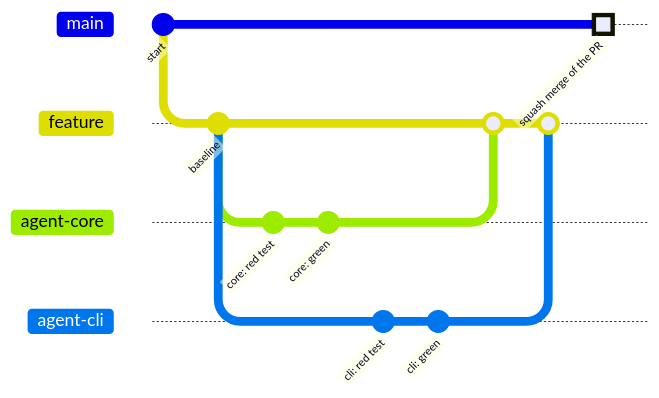
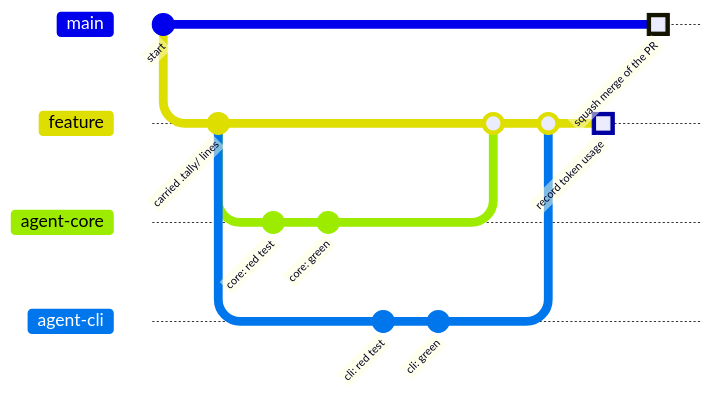
One commit to IAmSkweetis/branch-tally changed the first of 3 diagrams in docs/manual/src/workflows/this-repository.md. Above: the diagram before and after it, drawn with Mermaid. The commit also changed other lines of this file and 12 other files, not shown here.

````diff
--- a/docs/manual/src/workflows/this-repository.md
+++ b/docs/manual/src/workflows/this-repository.md
@@ -27,21 +35,22 @@
 ```mermaid
 gitGraph
     commit id: "start"
     branch feature
     checkout feature
-    commit id: "baseline"
+    commit id: "carried .tally/ lines"
     branch agent-core
     checkout agent-core
     commit id: "core: red test"
     commit id: "core: green"
     checkout feature
     branch agent-cli
     checkout agent-cli
     commit id: "cli: red test"
     commit id: "cli: green"
     checkout feature
     merge agent-core
     merge agent-cli
+    commit id: "record token usage" type: HIGHLIGHT
     checkout main
     commit id: "squash merge of the PR" type: HIGHLIGHT
 ```
````
